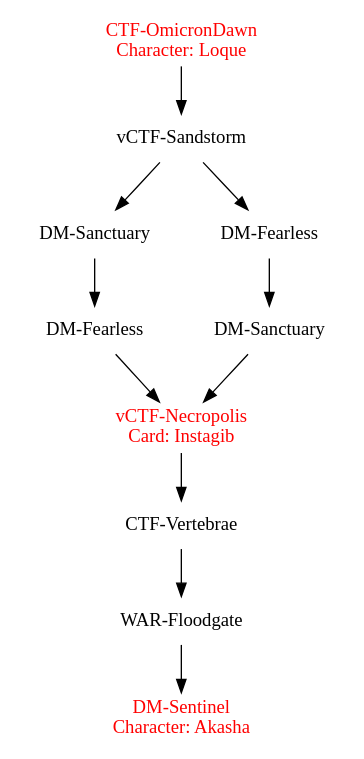
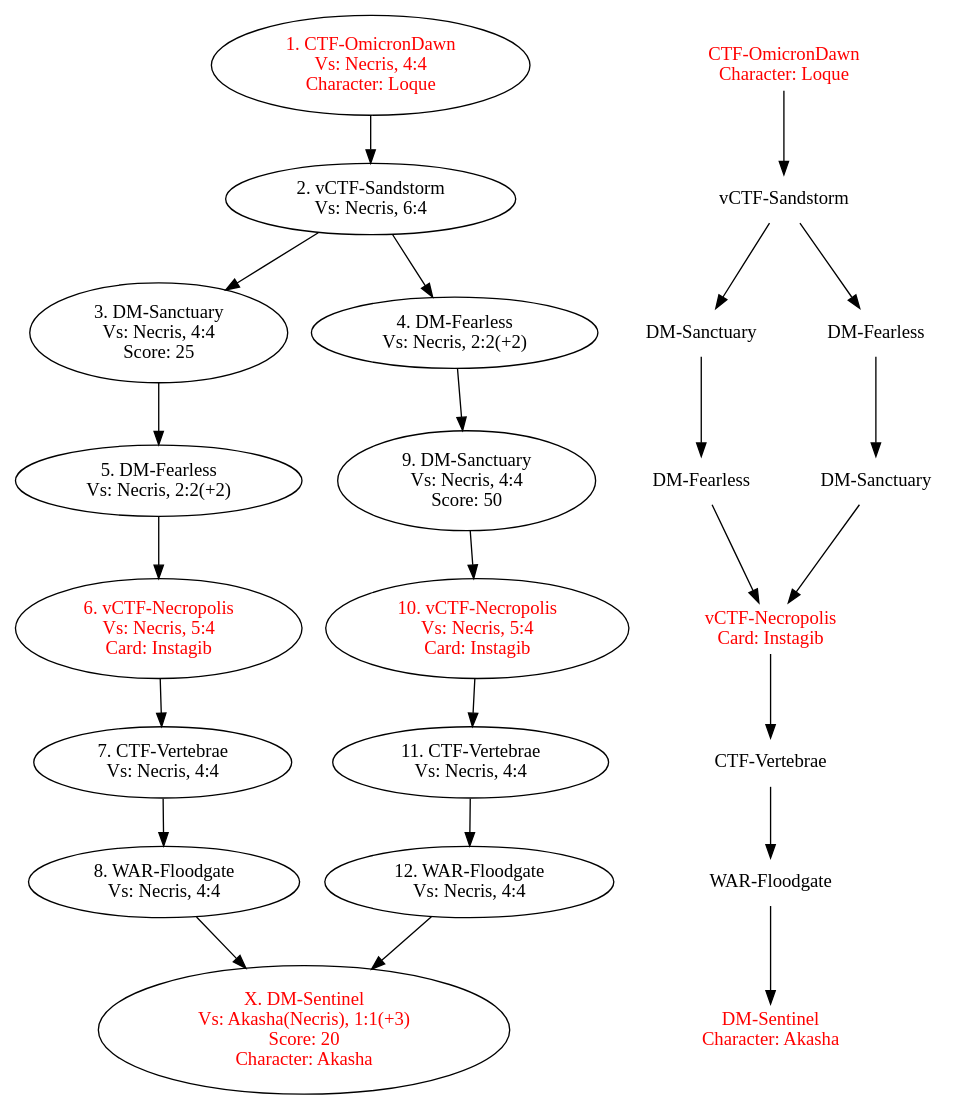
One commit to oleghab/ut3campaign changed the diagram in Act5.dot. Above: the diagram before and after it, drawn with Graphviz.

Commit message:
Построение фактического дерева Акта 5

```diff
--- a/Act5.dot
+++ b/Act5.dot
@@ -1,32 +1,70 @@
 digraph act5 {
+    map1 [label="1. CTF-OmicronDawn\nVs: Necris, 4:4\nCharacter: Loque", fontcolor="red"]
+    map1 -> map2
+    
+    map2 [label="2. vCTF-Sandstorm\nVs: Necris, 6:4"]
+    map2 -> {map3 map4}
+    
+    map3 [label="3. DM-Sanctuary\nVs: Necris, 4:4\nScore: 25"]
+    map3 -> map5
+    
+    map5 [label="5. DM-Fearless\nVs: Necris, 2:2(+2)"]
+    map5 -> map6
+    
+    map6 [label="6. vCTF-Necropolis\nVs: Necris, 5:4\nCard: Instagib", fontcolor="red"]
+    map6 -> map7
+    
+    map7 [label="7. CTF-Vertebrae\nVs: Necris, 4:4"]
+    map7 -> map8
+    
+    map8 [label="8. WAR-Floodgate\nVs: Necris, 4:4"]
+    map8 -> mapX
+    
+    map4 [label="4. DM-Fearless\nVs: Necris, 2:2(+2)"]
+    map4 -> map9
+    
+    map9 [label="9. DM-Sanctuary\nVs: Necris, 4:4\nScore: 50"]
+    map9 -> map10
+    
+    map10 [label="10. vCTF-Necropolis\nVs: Necris, 5:4\nCard: Instagib", fontcolor="red"]
+    map10 -> map11
+    
+    map11 [label="11. CTF-Vertebrae\nVs: Necris, 4:4"]
+    map11 -> map12
+    
+    map12 [label="12. WAR-Floodgate\nVs: Necris, 4:4"]
+    map12 -> mapX
+
+    mapX [label="X. DM-Sentinel\nVs: Akasha(Necris), 1:1(+3) \nScore: 20\nCharacter: Akasha", fontcolor="red"]
+
     node [shape=none]
 
-    map1 [label="CTF-OmicronDawn\nCharacter: Loque", fontcolor="red"]
-    map1 -> map2
+    map101 [label="CTF-OmicronDawn\nCharacter: Loque", fontcolor="red"]
+    map101 -> map102
     
-    map2 [label="vCTF-Sandstorm"]
-    map2 -> {route51 route52}
+    map102 [label="vCTF-Sandstorm"]
+    map102 -> {route51 route52}
     
     route51 [label="DM-Sanctuary"]
-    route51 -> map3
+    route51 -> map103
     
-    map3 [label="DM-Fearless"]
-    map3 -> back5
+    map103 [label="DM-Fearless"]
+    map103 -> back5
     
     route52 [label="DM-Fearless"]
-    route52 -> map4
+    route52 -> map104
     
-    map4 [label="DM-Sanctuary"]
-    map4 -> back5
+    map104 [label="DM-Sanctuary"]
+    map104 -> back5
     
     back5 [label="vCTF-Necropolis\nCard: Instagib", fontcolor="red"]
-    back5 -> map5
+    back5 -> map105
     
-    map5 [label="CTF-Vertebrae"]
-    map5 -> map6
+    map105 [label="CTF-Vertebrae"]
+    map105 -> map106
     
-    map6 [label="WAR-Floodgate"]
-    map6 -> final
+    map106 [label="WAR-Floodgate"]
+    map106 -> final
     
     final [label="DM-Sentinel\nCharacter: Akasha", fontcolor="red"]
 }
```
